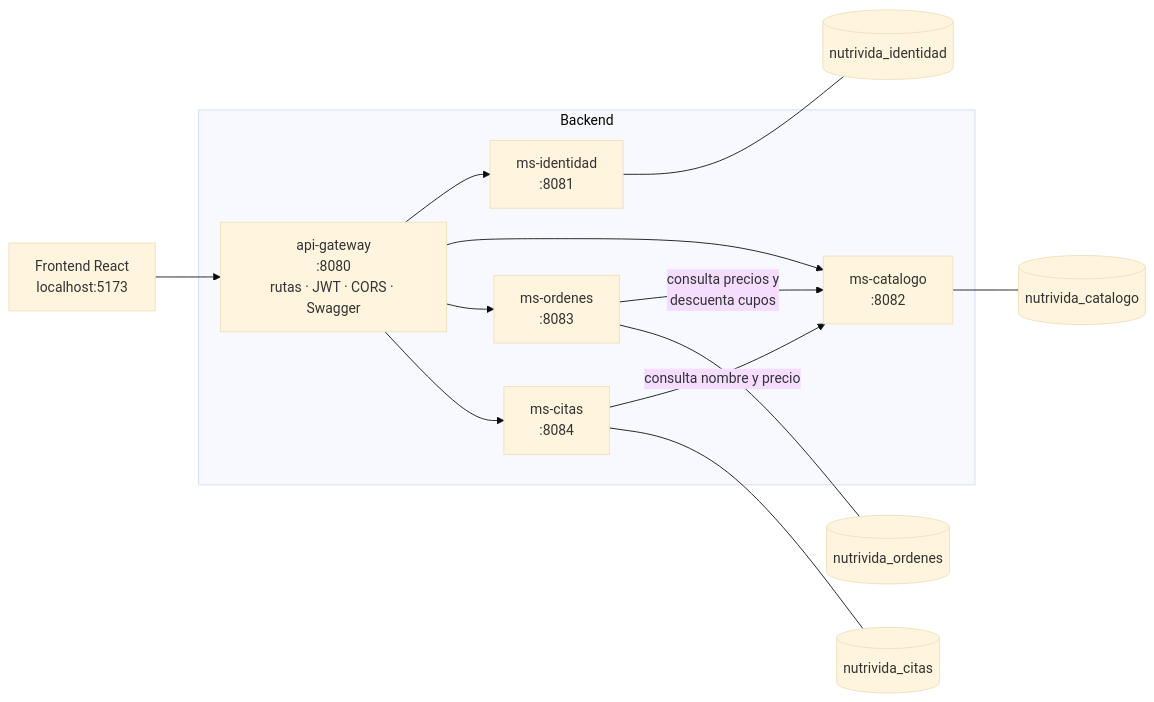
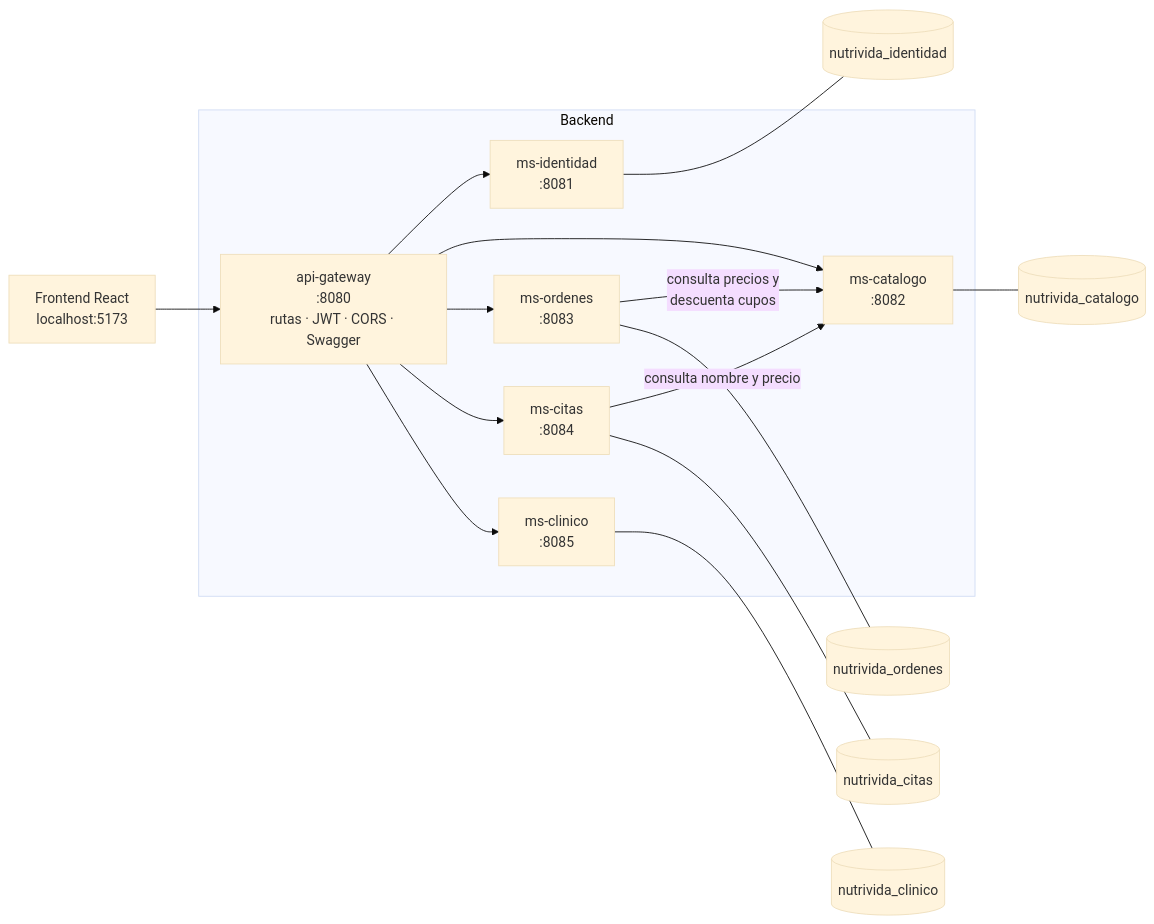
Before and after one commit to MagePower91/NutriVida-Backend: the diagram in README.md, drawn with Mermaid (base theme). The commit also changed other lines of this file and 26 other files, not shown here.

````diff
--- a/README.md
+++ b/README.md
@@ -13,24 +13,27 @@
 ```mermaid
 flowchart LR
     FE[Frontend React<br/>localhost:5173] --> GW
 
     subgraph Backend
         GW[api-gateway<br/>:8080<br/>rutas · JWT · CORS · Swagger]
         ID[ms-identidad<br/>:8081]
         CA[ms-catalogo<br/>:8082]
         OR[ms-ordenes<br/>:8083]
         CI[ms-citas<br/>:8084]
+        CL[ms-clinico<br/>:8085]
     end
 
     GW --> ID
     GW --> CA
     GW --> OR
     GW --> CI
+    GW --> CL
     CI -- consulta nombre y precio --> CA
     OR -- consulta precios y<br/>descuenta cupos --> CA
 
     ID --- DB1[(nutrivida_identidad)]
     CA --- DB2[(nutrivida_catalogo)]
     OR --- DB3[(nutrivida_ordenes)]
     CI --- DB4[(nutrivida_citas)]
+    CL --- DB5[(nutrivida_clinico)]
 ```
````
